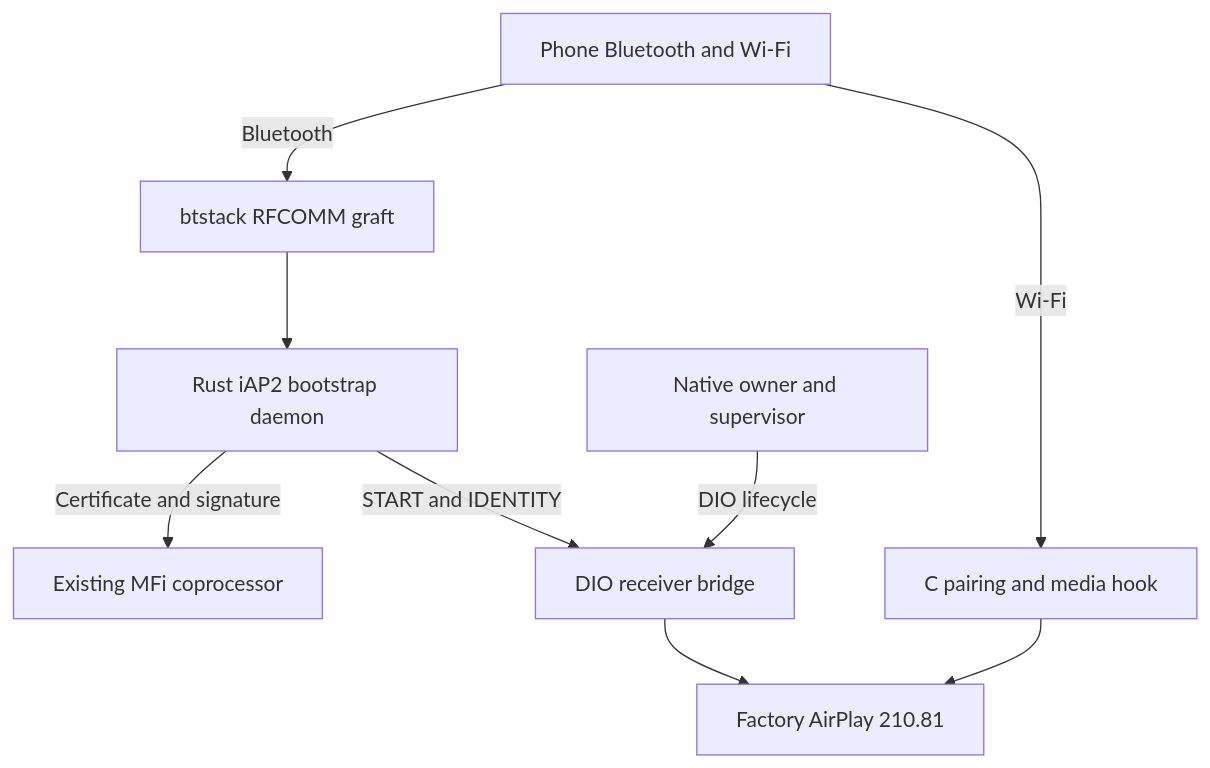
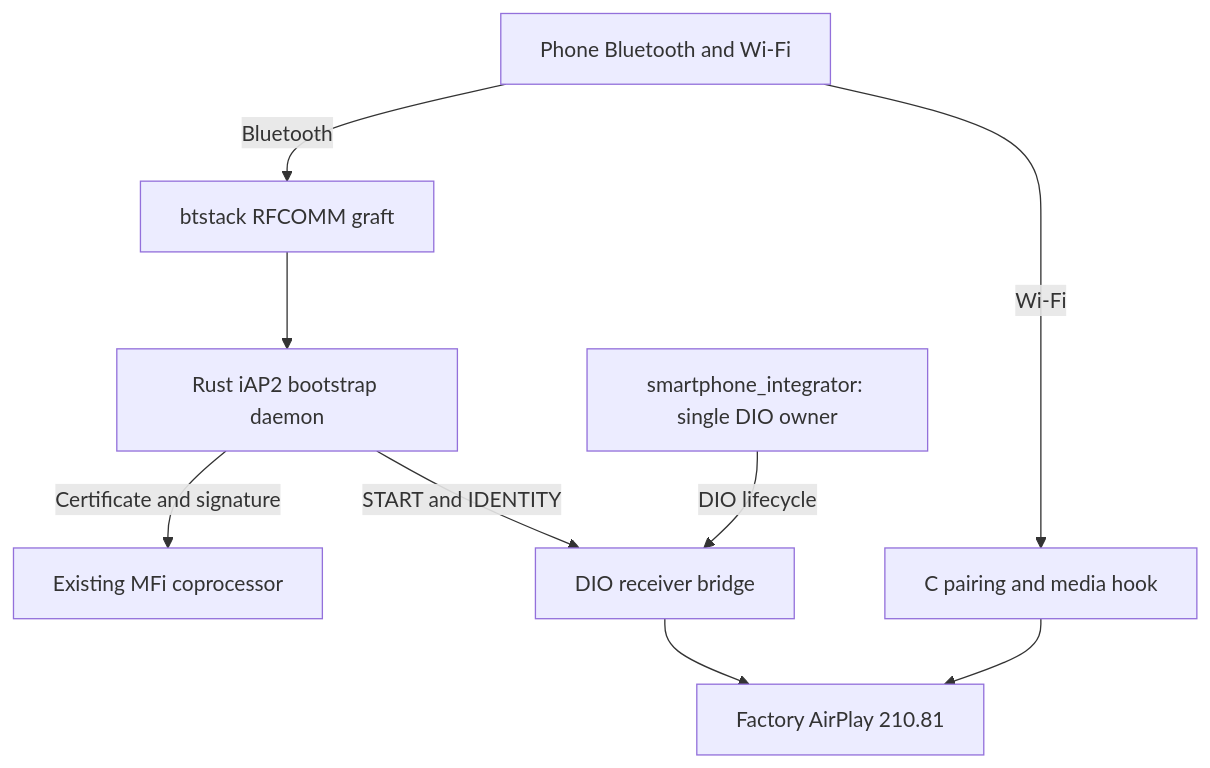
One commit to luka-dev/mib2q-carplay-rgi changed the diagram in docs/wireless-carplay/README.md. Above: the diagram before and after it, drawn with Mermaid. The commit also changed other lines of this file and 820 other files, not shown here.

````diff
--- a/docs/wireless-carplay/README.md
+++ b/docs/wireless-carplay/README.md
@@ -36,19 +23,19 @@
 ```mermaid
 flowchart TB
     accTitle: Stock210 wireless CarPlay architecture
-    accDescr: Bluetooth bootstrap reaches the Rust daemon through the btstack graft, while Wi-Fi media reaches the C hook and original receiver. A supervisor owns the DIO lifetime.
+    accDescr: Bluetooth bootstrap reaches the Rust daemon through the btstack graft, while Wi-Fi media reaches the C hook and original receiver. The existing smartphone_integrator owns the DIO lifetime; Rust handles bootstrap.
     phone["Phone Bluetooth and Wi-Fi"]
     btstack["btstack RFCOMM graft"]
     daemon["Rust iAP2 bootstrap daemon"]
     mfi["Existing MFi coprocessor"]
     bridge["DIO receiver bridge"]
     hook["C pairing and media hook"]
     receiver["Factory AirPlay 210.81"]
-    owner["Native owner and supervisor"]
+    owner["smartphone_integrator: single DIO owner"]
     phone -->|Bluetooth| btstack --> daemon
     daemon -->|Certificate and signature| mfi
     daemon -->|START and IDENTITY| bridge
     phone -->|Wi-Fi| hook --> receiver
     bridge --> receiver
     owner -->|DIO lifecycle| bridge
 ```
````
